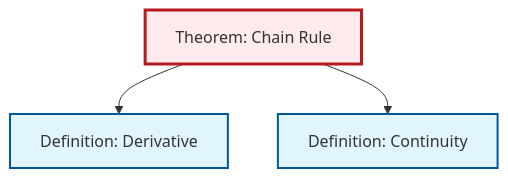
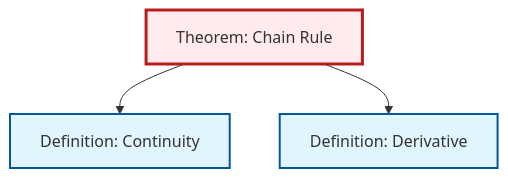
One commit to RK0429/ModernMath changed the second of 2 diagrams in content/ja/analysis/thm-chain-rule.qmd. Above: the diagram before and after it, drawn with Mermaid. The commit also changed other lines of this file and 615 other files, not shown here.

````diff
--- a/content/ja/analysis/thm-chain-rule.qmd
+++ b/content/ja/analysis/thm-chain-rule.qmd
@@ -83,17 +83,17 @@
 ```{mermaid}
 %%| fig-cap: "Local dependency graph"
 graph TD
     classDef definition fill:#e1f5fe,stroke:#01579b,stroke-width:2px
     classDef theorem fill:#f3e5f5,stroke:#4a148c,stroke-width:2px
     classDef axiom fill:#fff3e0,stroke:#e65100,stroke-width:2px
     classDef example fill:#e8f5e9,stroke:#1b5e20,stroke-width:2px
     classDef current fill:#ffebee,stroke:#b71c1c,stroke-width:3px
-    def-derivative["Definition: Derivative"]:::definition
     def-continuity["Definition: Continuity"]:::definition
     thm-chain-rule["Theorem: Chain Rule"]:::theorem
+    def-derivative["Definition: Derivative"]:::definition
+    thm-chain-rule --> def-continuity
     thm-chain-rule --> def-derivative
-    thm-chain-rule --> def-continuity
     class thm-chain-rule current
+    click def-continuity "def-continuity.html" "Definition: Continuityへ"
     click def-derivative "def-derivative.html" "Definition: Derivativeへ"
-    click def-continuity "def-continuity.html" "Definition: Continuityへ"
 ```
````
